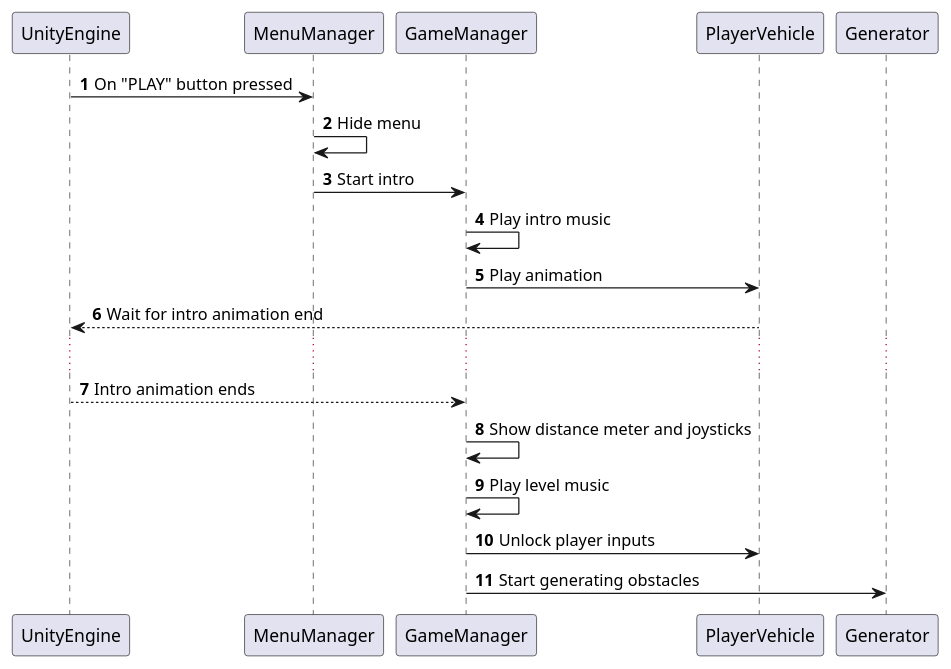
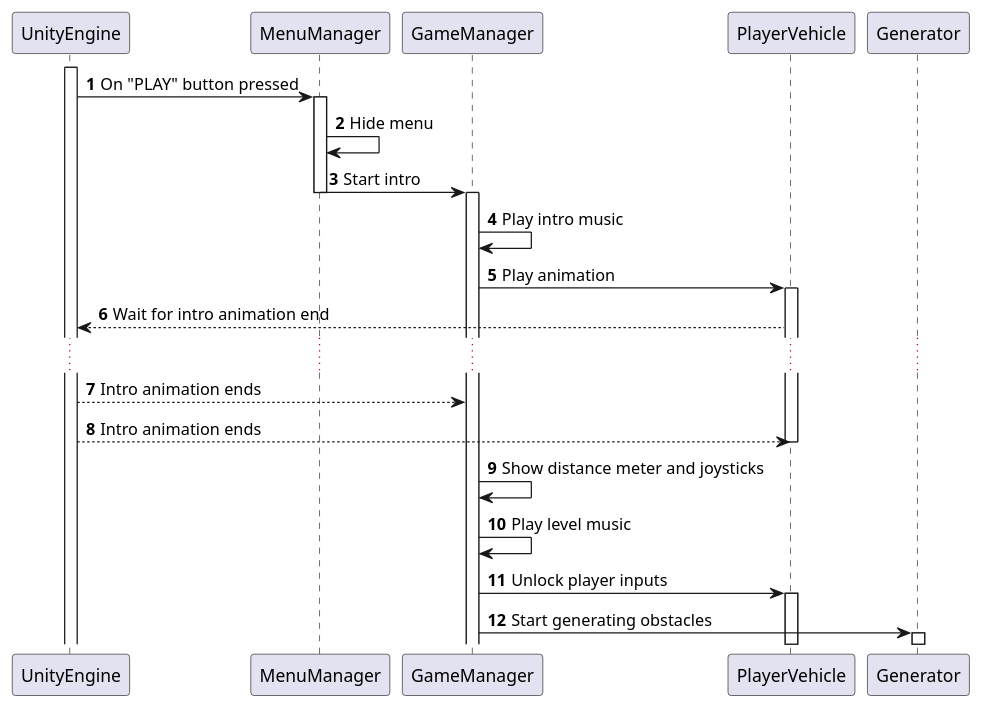
Before and after one commit to CKTA00/Robbery_Rush_UML: the diagram in UML/UI_sequence_diagram.puml, drawn with PlantUML.

Commit message:
updated UI seq with lock threads

```diff
--- a/UML/UI_sequence_diagram.puml
+++ b/UML/UI_sequence_diagram.puml
@@ -1,23 +1,26 @@
 @startuml
 'https://plantuml.com/sequence-diagram
 
 autonumber
 
+participant UnityEngine
+activate UnityEngine
 
-
-UnityEngine -> MenuManager: On "PLAY" button pressed
-MenuManager -> MenuManager: Hide menu
-MenuManager -> GameManager: Start intro
-GameManager->GameManager: Play intro music
-GameManager-> PlayerVehicle: Play animation
-PlayerVehicle --> UnityEngine: Wait for intro animation end
+UnityEngine -> MenuManager ++: On "PLAY" button pressed
+MenuManager -> MenuManager : Hide menu
+MenuManager -> GameManager --++ : Start intro
+GameManager->GameManager  : Play intro music
+GameManager-> PlayerVehicle ++: Play animation
+PlayerVehicle --> UnityEngine : Wait for intro animation end
 ...
-UnityEngine --> GameManager: Intro animation ends
+UnityEngine --> GameManager : Intro animation ends
+UnityEngine --> PlayerVehicle : Intro animation ends
+deactivate PlayerVehicle
 GameManager -> GameManager: Show distance meter and joysticks
 GameManager -> GameManager: Play level music
-GameManager -> PlayerVehicle: Unlock player inputs
-GameManager -> Generator: Start generating obstacles
-
+GameManager -> PlayerVehicle : Unlock player inputs
+activate PlayerVehicle
+GameManager -> Generator ++: Start generating obstacles
 
 
 @enduml
```
